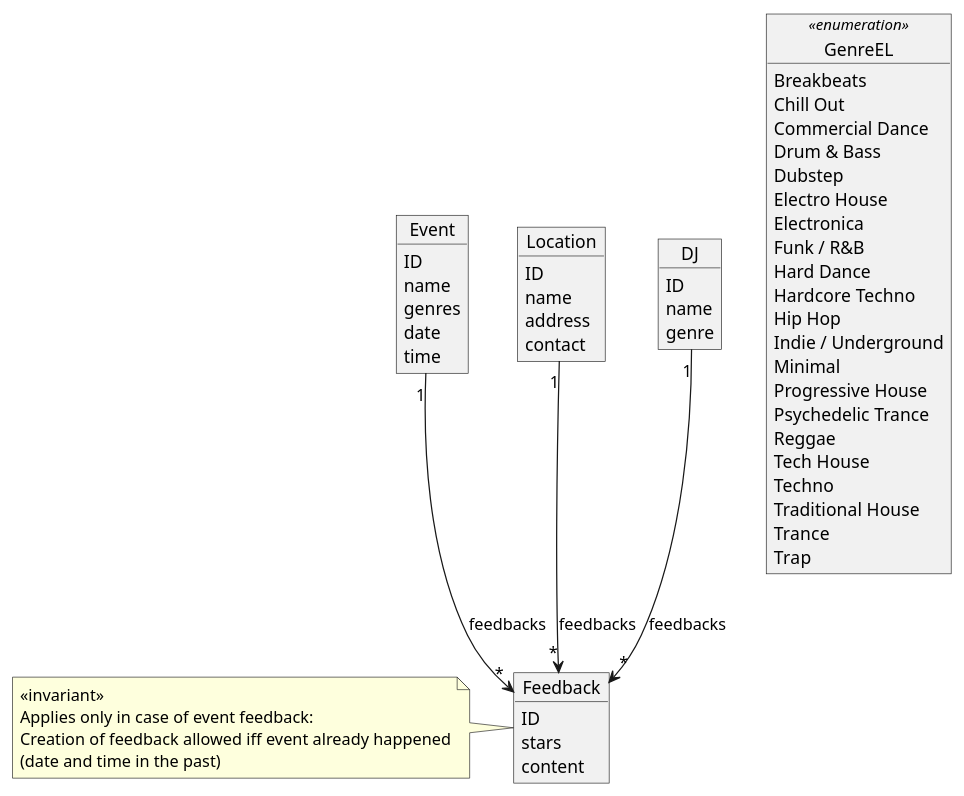
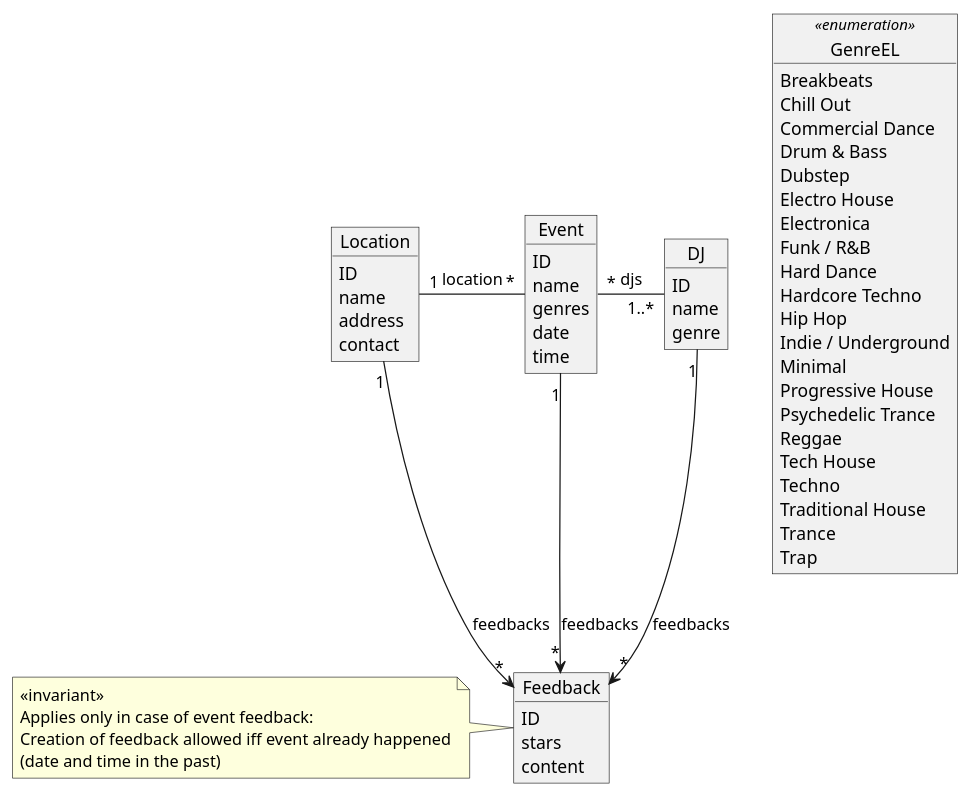
Before and after one commit to germede/djlokal: the diagram in uml/dim.puml, drawn with PlantUML. The commit also changed 1 other file, not shown here.

Commit message:
Fix diagram relationships

```diff
--- a/uml/dim.puml
+++ b/uml/dim.puml
@@ -1,66 +1,69 @@
 @startuml model
 
 object GenreEL <<enumeration>> {
   Breakbeats
   Chill Out
   Commercial Dance
   Drum & Bass
   Dubstep
   Electro House
   Electronica
   Funk / R&B
   Hard Dance
   Hardcore Techno
   Hip Hop
   Indie / Underground
   Minimal
   Progressive House
   Psychedelic Trance
   Reggae
   Tech House
   Techno
   Traditional House
   Trance
   Trap
 }
 
 object Event {
   ID
   name
   genres
   date
   time
 }
 
 object Location {
   ID
   name
   address
   contact
 }
 
 object DJ {
   ID
   name
   genre
 }
 
 object Feedback {
   ID
   stars
   content
 }
 
 note left
   <<invariant>>
   Applies only in case of event feedback:
   Creation of feedback allowed iff event already happened
   (date and time in the past)
 end note
 
 
 Event "1" --> "*" Feedback : feedbacks
 Location "1" --> "*" Feedback : feedbacks
 DJ "1" --> "*" Feedback : feedbacks
 
+Event "*" -left- "1" Location : location
+Event "*" -right- "1..*" DJ : djs
+
 @enduml
```
